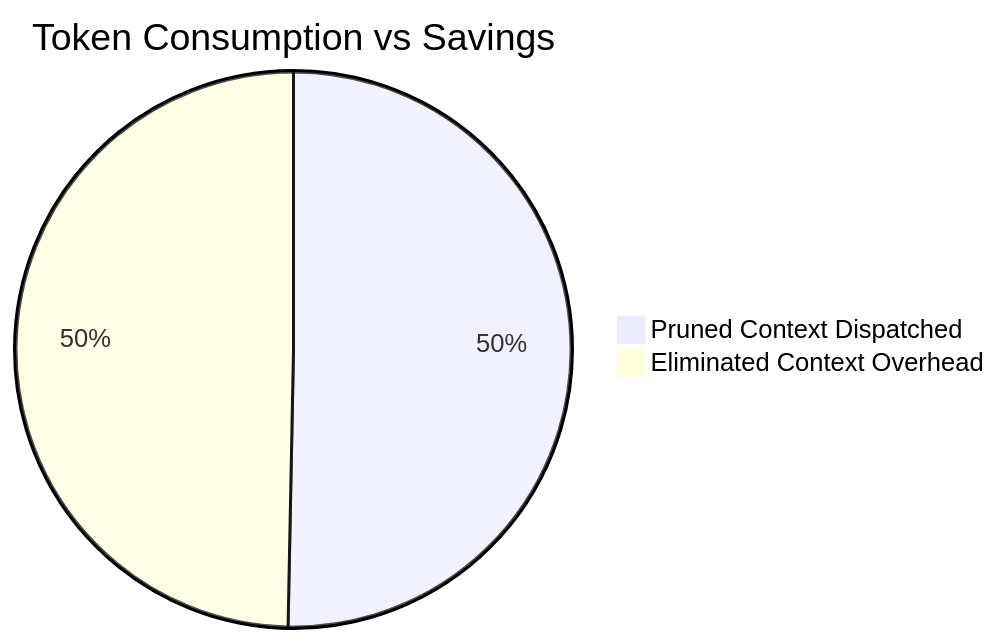
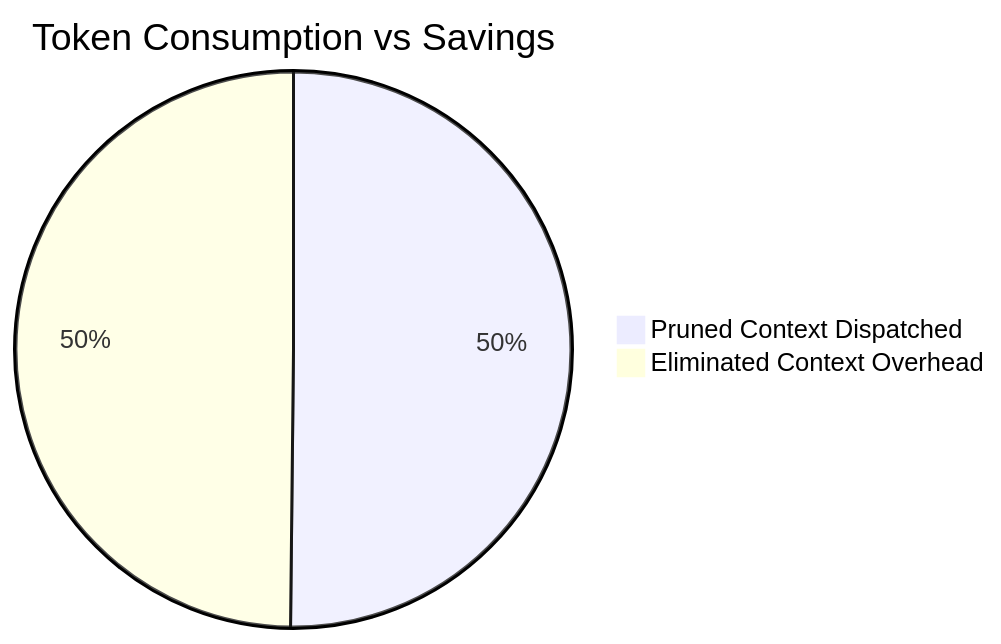
Before and after one commit to lakhwindersingh/nb_fairyfly: the diagram in workplace/docs/reports/token_savings_report.md, drawn with Mermaid. The commit also changed other lines of this file and 23 other files, not shown here.

````diff
--- a/workplace/docs/reports/token_savings_report.md
+++ b/workplace/docs/reports/token_savings_report.md
@@ -26,5 +26,5 @@
 ```mermaid
 pie title Token Consumption vs Savings
-    "Pruned Context Dispatched" : 4020509
-    "Eliminated Context Overhead" : 3970575
+    "Pruned Context Dispatched" : 4532474
+    "Eliminated Context Overhead" : 4501864
 ```
````
